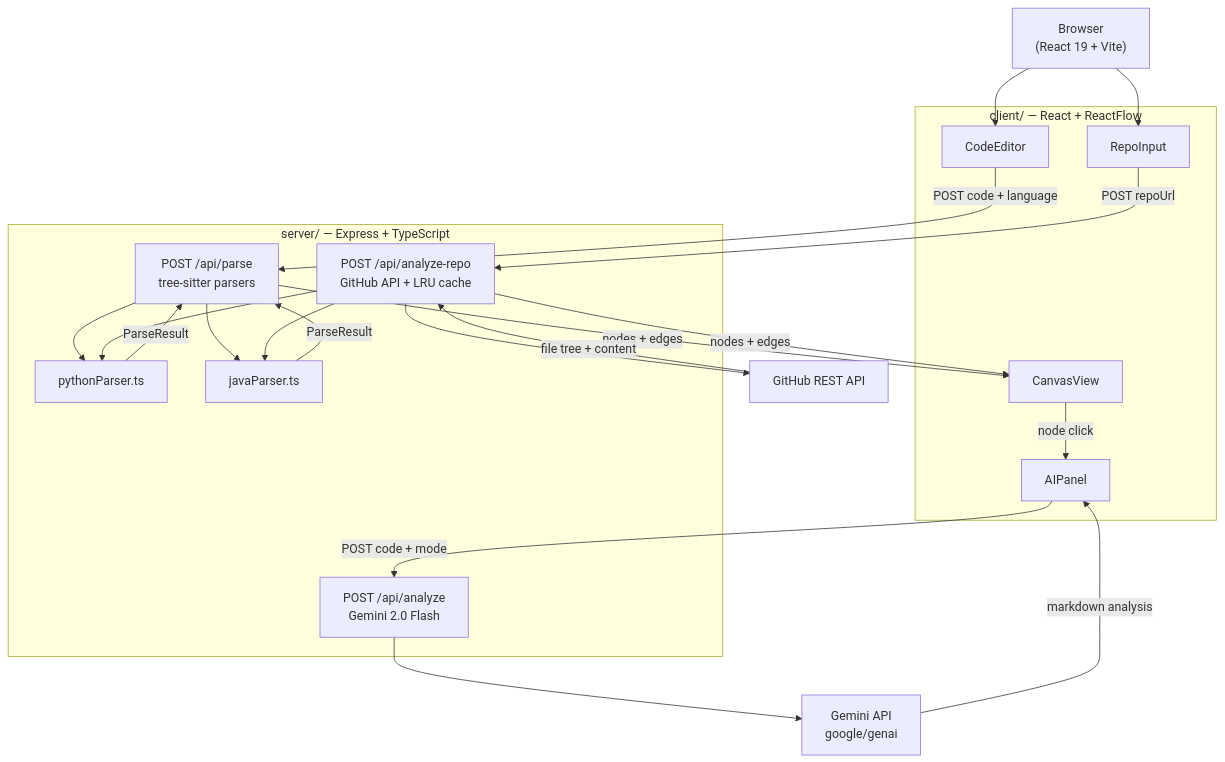
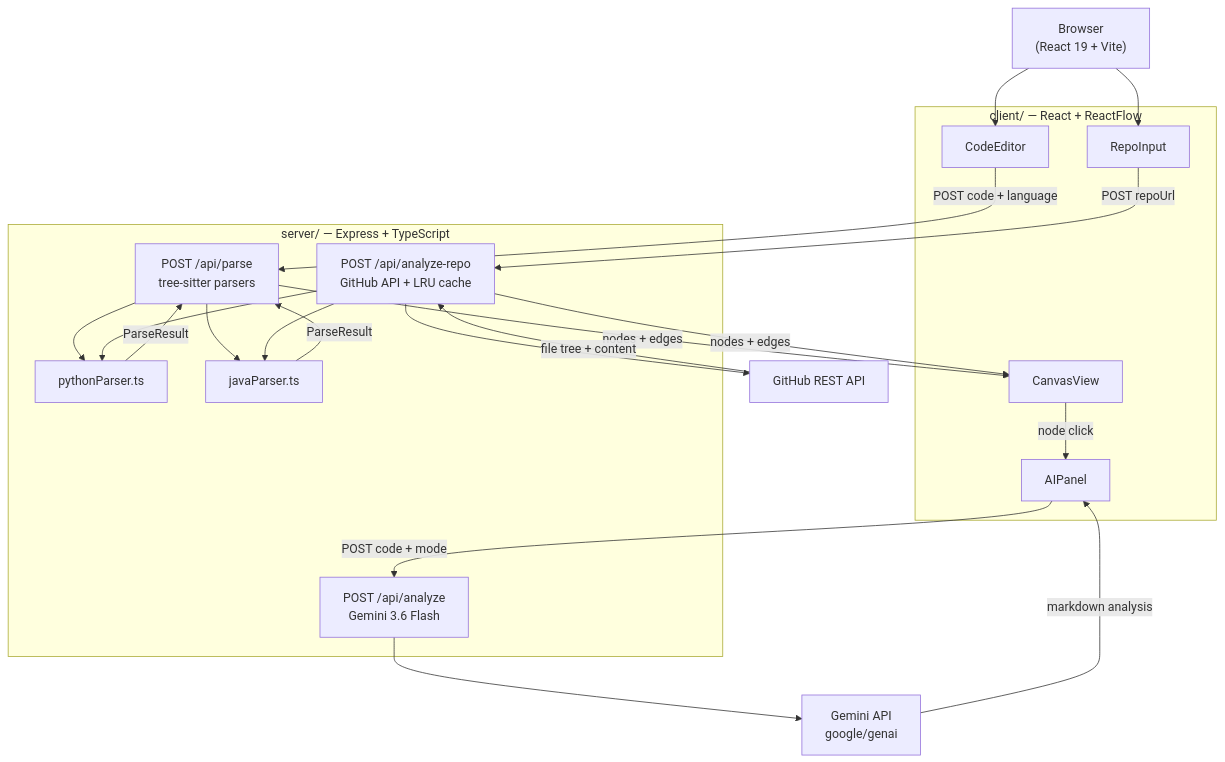
The diagram in README.md (Ansh-san/codeviz-ai), drawn with Mermaid before and after one commit. The commit also changed other lines of this file and 2 other files, not shown here.

First line of the commit message:
fix: update Gemini model to 3.6-flash primary / 3.5-flash fallback

````diff
--- a/README.md
+++ b/README.md
@@ -19,41 +19,41 @@
 ```mermaid
 graph TD
     Browser["Browser\n(React 19 + Vite)"]
 
     subgraph Client["client/ — React + ReactFlow"]
         CE[CodeEditor]
         RI[RepoInput]
         CV[CanvasView]
         AI[AIPanel]
     end
 
     subgraph Server["server/ — Express + TypeScript"]
         Parse["POST /api/parse\ntree-sitter parsers"]
-        Analyze["POST /api/analyze\nGemini 2.0 Flash"]
+        Analyze["POST /api/analyze\nGemini 3.6 Flash"]
         AnalyzeRepo["POST /api/analyze-repo\nGitHub API + LRU cache"]
         PY[pythonParser.ts]
         JA[javaParser.ts]
     end
 
     GH["GitHub REST API"]
     Gemini["Gemini API\ngoogle/genai"]
 
     Browser --> CE
     Browser --> RI
     CE -->|POST code + language| Parse
     RI -->|POST repoUrl| AnalyzeRepo
     Parse --> PY
     Parse --> JA
     PY -->|ParseResult| Parse
     JA -->|ParseResult| Parse
     Parse -->|nodes + edges| CV
     AnalyzeRepo --> GH
     GH -->|file tree + content| AnalyzeRepo
     AnalyzeRepo --> PY
     AnalyzeRepo --> JA
     AnalyzeRepo -->|nodes + edges| CV
     CV -->|node click| AI
     AI -->|POST code + mode| Analyze
     Analyze --> Gemini
     Gemini -->|markdown analysis| AI
 ```
````
